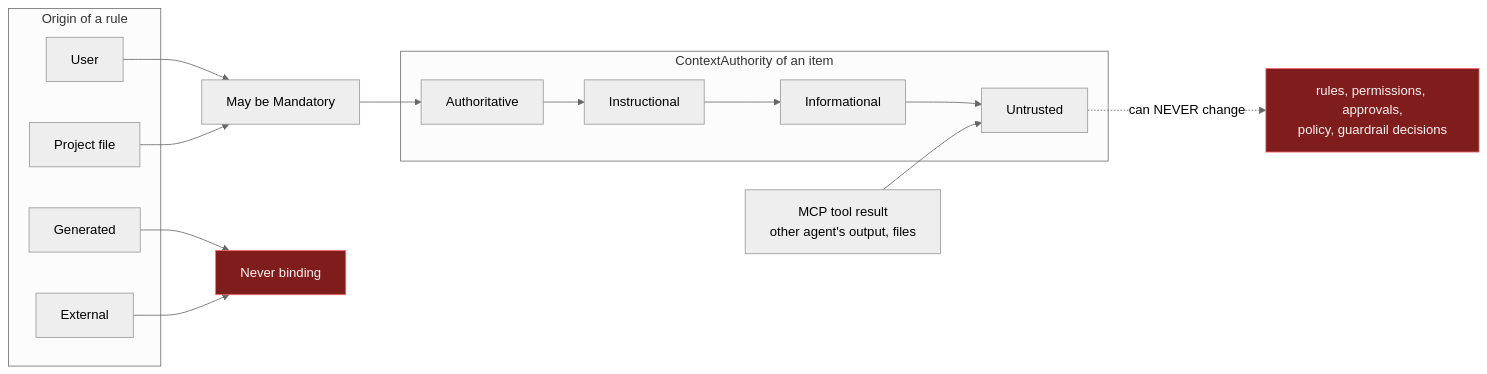
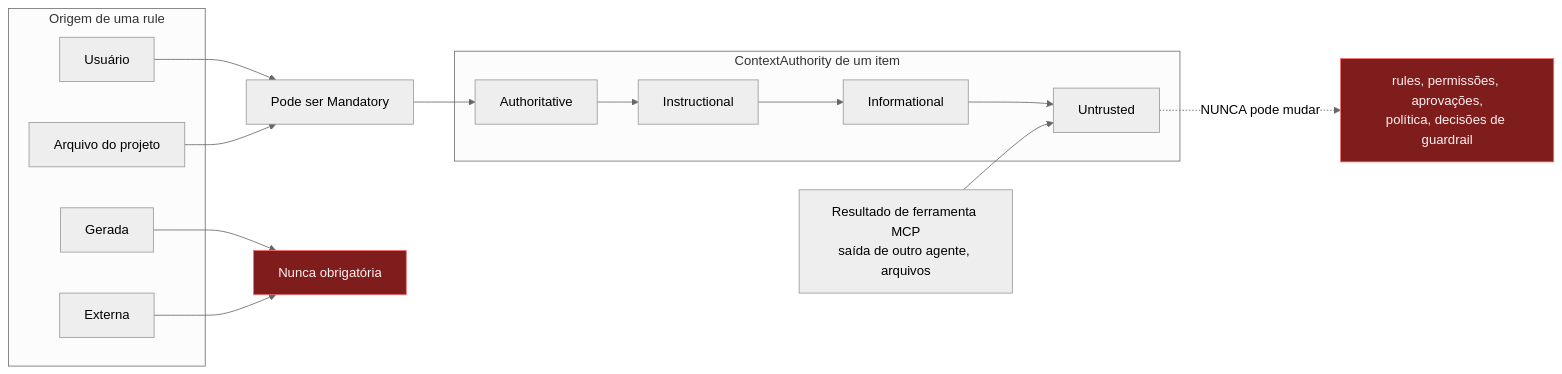
One commit to LucasAlt40/project-atlas changed the fourth of 6 diagrams in docs/architecture/diagrams.md. Above: the diagram before and after it, drawn with Mermaid (neutral theme). The commit also changed other lines of this file and 38 other files, not shown here.

Commit message:
docs: translate architecture documentation to Portuguese

````diff
--- a/docs/architecture/diagrams.md
+++ b/docs/architecture/diagrams.md
@@ -122,23 +123,23 @@
 ```mermaid
 flowchart LR
-    subgraph Origins["Origin of a rule"]
-        U["User"]
-        PF["Project file"]
-        GN["Generated"]
-        EX["External"]
+    subgraph Origins["Origem de uma rule"]
+        U["Usuário"]
+        PF["Arquivo do projeto"]
+        GN["Gerada"]
+        EX["Externa"]
     end
-    U --> Bind["May be Mandatory"]
+    U --> Bind["Pode ser Mandatory"]
     PF --> Bind
-    GN --> NoBind["Never binding"]
+    GN --> NoBind["Nunca obrigatória"]
     EX --> NoBind
 
-    subgraph Authority["ContextAuthority of an item"]
+    subgraph Authority["ContextAuthority de um item"]
         Au["Authoritative"] --> In["Instructional"] --> If["Informational"] --> Un["Untrusted"]
     end
     Bind --> Au
-    Tool["MCP tool result<br/>other agent's output, files"] --> Un
-    Un -.->|"can NEVER change"| Never["rules, permissions, approvals,<br/>policy, guardrail decisions"]
+    Tool["Resultado de ferramenta MCP<br/>saída de outro agente, arquivos"] --> Un
+    Un -.->|"NUNCA pode mudar"| Never["rules, permissões, aprovações,<br/>política, decisões de guardrail"]
 
     classDef bad fill:#7f1d1d,stroke:#f87171,color:#fef2f2;
     class Never,NoBind bad;
 ```
````
